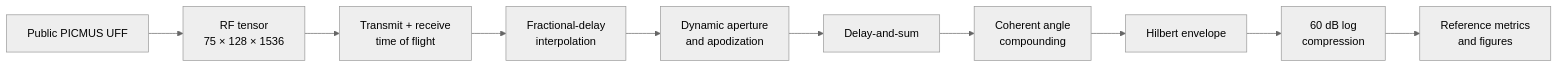
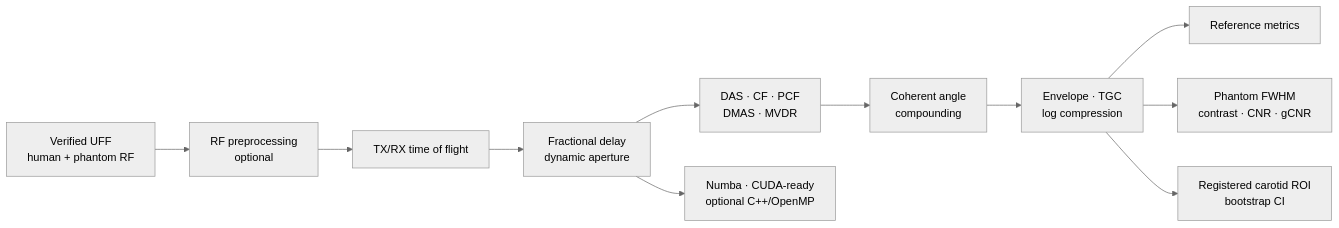
One commit to bekiroruk/ultrasound-bmode-lab changed the diagram in README.md. Above: the diagram before and after it, drawn with Mermaid (neutral theme). The commit also changed other lines of this file and 7 other files, not shown here.

````diff
--- a/README.md
+++ b/README.md
@@ -69,12 +48,13 @@
 ```mermaid
 flowchart LR
-    A[Public PICMUS UFF] --> B[RF tensor<br/>75 × 128 × 1536]
-    B --> C[Transmit + receive<br/>time of flight]
-    C --> D[Fractional-delay<br/>interpolation]
-    D --> E[Dynamic aperture<br/>and apodization]
-    E --> F[Delay-and-sum]
-    F --> G[Coherent angle<br/>compounding]
-    G --> H[Hilbert envelope]
-    H --> I[60 dB log<br/>compression]
-    I --> J[Reference metrics<br/>and figures]
+    A[Verified UFF<br/>human + phantom RF] --> B[RF preprocessing<br/>optional]
+    B --> C[TX/RX time of flight]
+    C --> D[Fractional delay<br/>dynamic aperture]
+    D --> E[DAS · CF · PCF<br/>DMAS · MVDR]
+    E --> F[Coherent angle<br/>compounding]
+    F --> G[Envelope · TGC<br/>log compression]
+    G --> H[Reference metrics]
+    G --> I[Phantom FWHM<br/>contrast · CNR · gCNR]
+    G --> J[Registered carotid ROI<br/>bootstrap CI]
+    D --> K[Numba · CUDA-ready<br/>optional C++/OpenMP]
 ```
````
